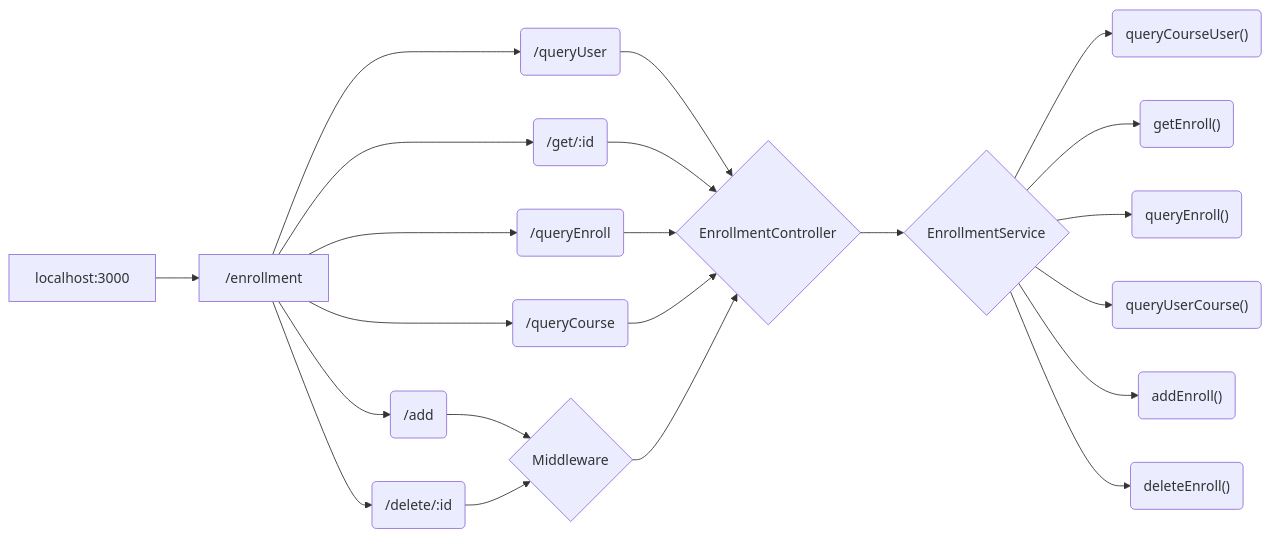
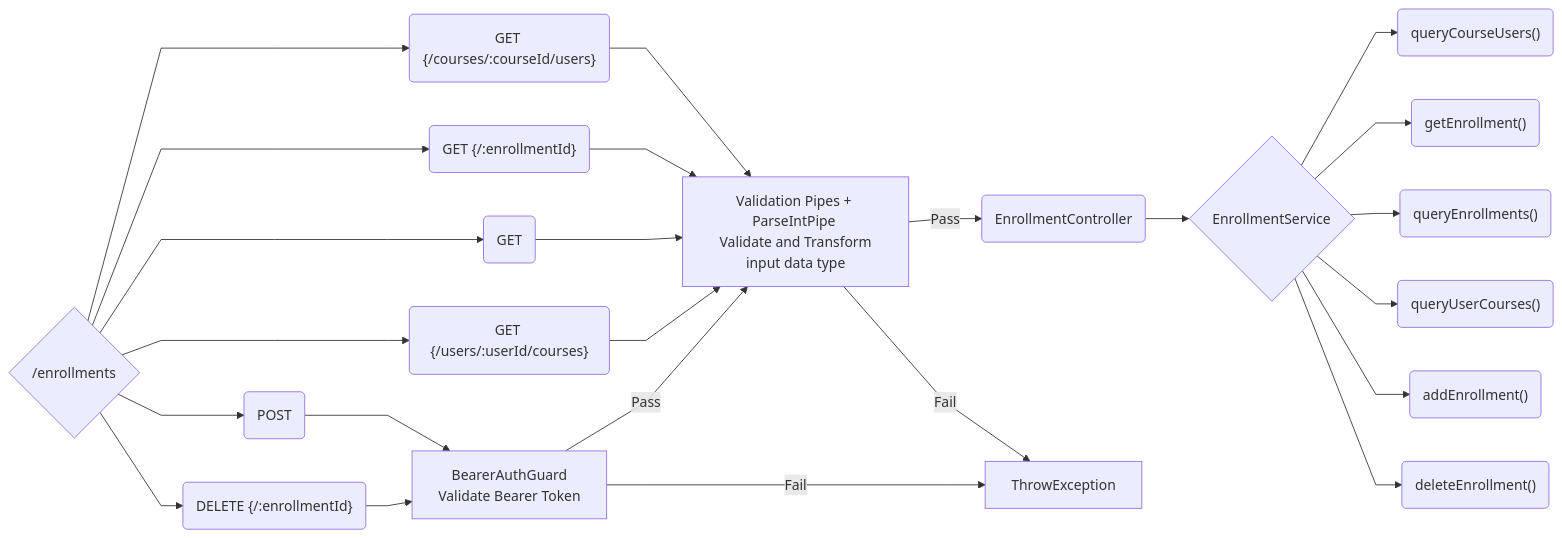
The second of 3 diagrams in README.md (JTKiew/NTUCool-Interview-), drawn with Mermaid before and after one commit. The commit also changed other lines of this file and 3 other files, not shown here.

````diff
--- a/README.md
+++ b/README.md
@@ -139,28 +66,32 @@
 ```mermaid
+%%{ init : { "flowchart" : { "curve" : "linear" }}}%%
 graph LR
-    A[localhost:3000] --> C(/enrollment)
-    C["/enrollment"] --> J(/queryUser)
-    C["/enrollment"] --> K(/add)
-    C["/enrollment"] --> L(/delete/:id)
-    C["/enrollment"] --> M(/get/:id)
-    C["/enrollment"] --> N(/queryEnroll)
-    C["/enrollment"] --> O(/queryCourse)
+    C{/enrollments}
+    C --> J("GET {/courses/:courseId/users}")
+    C --> K("POST ")
+    C --> L("DELETE {/:enrollmentId}")
+    C --> M("GET {/:enrollmentId}")
+    C --> N("GET ")
+    C --> O("GET {/users/:userId/courses}")
 
-    J(/queryUser)   --> P{EnrollmentController}
-    M(/get/:id)     --> P{EnrollmentController}
-    N(/queryEnroll) --> P{EnrollmentController}
-    O(/queryCourse) --> P{EnrollmentController}
+    Pipes["Validation Pipes + ParseIntPipe <br> Validate and Transform input data type"]
+    Guards["BearerAuthGuard <br> Validate Bearer Token"]
+  
+    J & M & N & O -->Pipes
+    K & L --> Guards
     
-    K(/add) --> Z{Middleware}
-    L(/delete/:id) --> Z{Middleware}
+    Guards --> |"Pass"| Pipes
+    Pipes --> |"Pass"| P(EnrollmentController)
     
-    Z{Middleware} --> P{EnrollmentController}
-    P{EnrollmentController} --> R{EnrollmentService}
+    Pipes --> |"Fail"| ThrowException
+    Guards --> |"Fail"| ThrowException
 
-    R{EnrollmentService} --> S("queryCourseUser()")
-    R{EnrollmentService} --> V("getEnroll()")
-    R{EnrollmentService} --> W("queryEnroll()")
-    R{EnrollmentService} --> X("queryUserCourse()")
-    R{EnrollmentService} --> T("addEnroll()")
-    R{EnrollmentService} --> U("deleteEnroll()")
+    P --> R{EnrollmentService}
+
+    R --> S("queryCourseUsers()")
+    R --> V("getEnrollment()")
+    R --> W("queryEnrollments()")
+    R --> X("queryUserCourses()")
+    R --> T("addEnrollment()")
+    R --> U("deleteEnrollment()")
 ```
````
